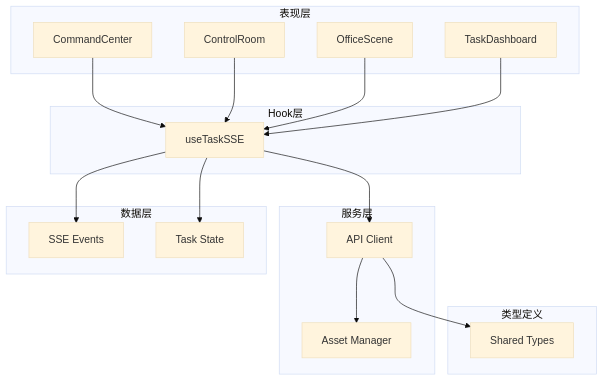
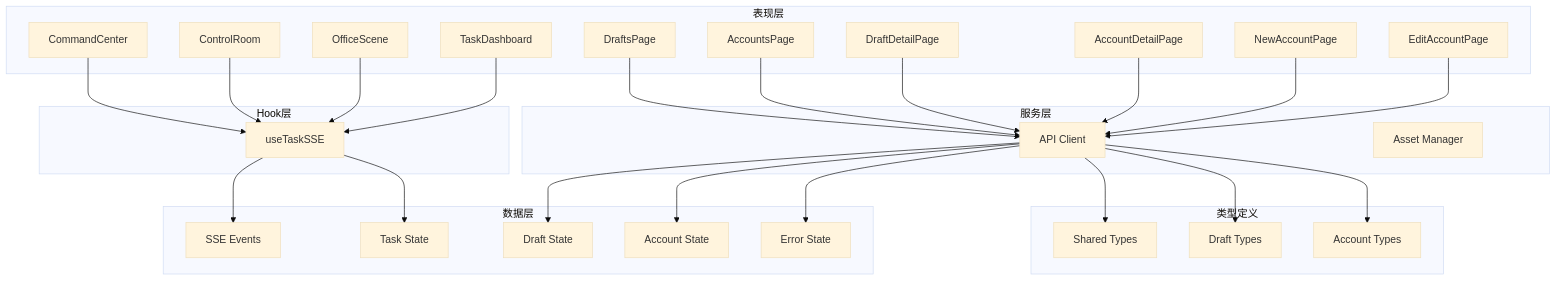
One commit to sansansansansan2022-web/hotclaw changed the second of 9 diagrams in .qoder/repowiki/zh/content/Frontend Component Library.md. Above: the diagram before and after it, drawn with Mermaid (base theme). The commit also changed other lines of this file and 44 other files, not shown here.

````diff
--- a/.qoder/repowiki/zh/content/Frontend Component Library.md
+++ b/.qoder/repowiki/zh/content/Frontend Component Library.md
@@ -83,32 +106,52 @@
 ```mermaid
 graph TB
 subgraph "表现层"
 A[CommandCenter]
 B[ControlRoom]
 C[OfficeScene]
 D[TaskDashboard]
+E[DraftsPage]
+F[AccountsPage]
+G[DraftDetailPage]
+H[AccountDetailPage]
+I[NewAccountPage]
+J[EditAccountPage]
 end
 subgraph "Hook层"
-E[useTaskSSE]
+K[useTaskSSE]
 end
 subgraph "服务层"
-F[API Client]
-G[Asset Manager]
+L[API Client]
+M[Asset Manager]
 end
 subgraph "类型定义"
-H[Shared Types]
+N[Shared Types]
+O[Draft Types]
+P[Account Types]
 end
 subgraph "数据层"
-I[SSE Events]
-J[Task State]
+Q[SSE Events]
+R[Task State]
+S[Draft State]
+T[Account State]
+U[Error State]
 end
-A --> E
-B --> E
-C --> E
-D --> E
-E --> F
-E --> I
-F --> G
-F --> H
-E --> J
+A --> K
+B --> K
+C --> K
+D --> K
+E --> L
+F --> L
+G --> L
+H --> L
+I --> L
+J --> L
+K --> Q
+K --> R
+L --> S
+L --> T
+L --> U
+L --> N
+L --> O
+L --> P
 ```
````
